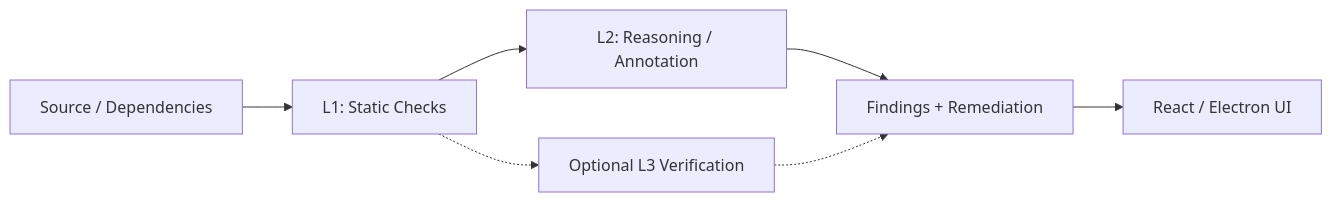
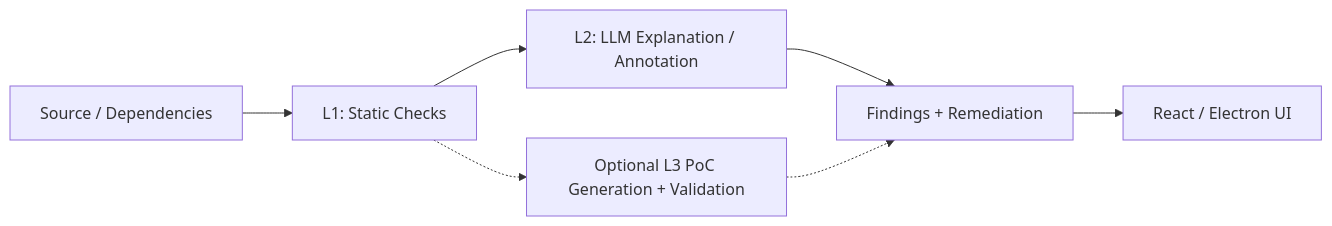
The diagram in README.en.md (rasasoe/VSH), drawn with Mermaid before and after one commit. The commit also changed other lines of this file, not shown here.

Commit message:
docs(vsh): align overview and diagram with LLM and PoC responsibilities

````diff
--- a/README.en.md
+++ b/README.en.md
@@ -54,9 +54,9 @@
 ```mermaid
 flowchart LR
   SRC["Source / Dependencies"] --> STATIC["L1: Static Checks"]
-  STATIC --> REASON["L2: Reasoning / Annotation"]
+  STATIC --> REASON["L2: LLM Explanation / Annotation"]
   REASON --> OUT["Findings + Remediation"]
-  STATIC -.-> VERIFY["Optional L3 Verification"]
+  STATIC -.-> VERIFY["Optional L3 PoC Generation + Validation"]
   VERIFY -.-> OUT
   OUT --> UI["React / Electron UI"]
 ```
````
